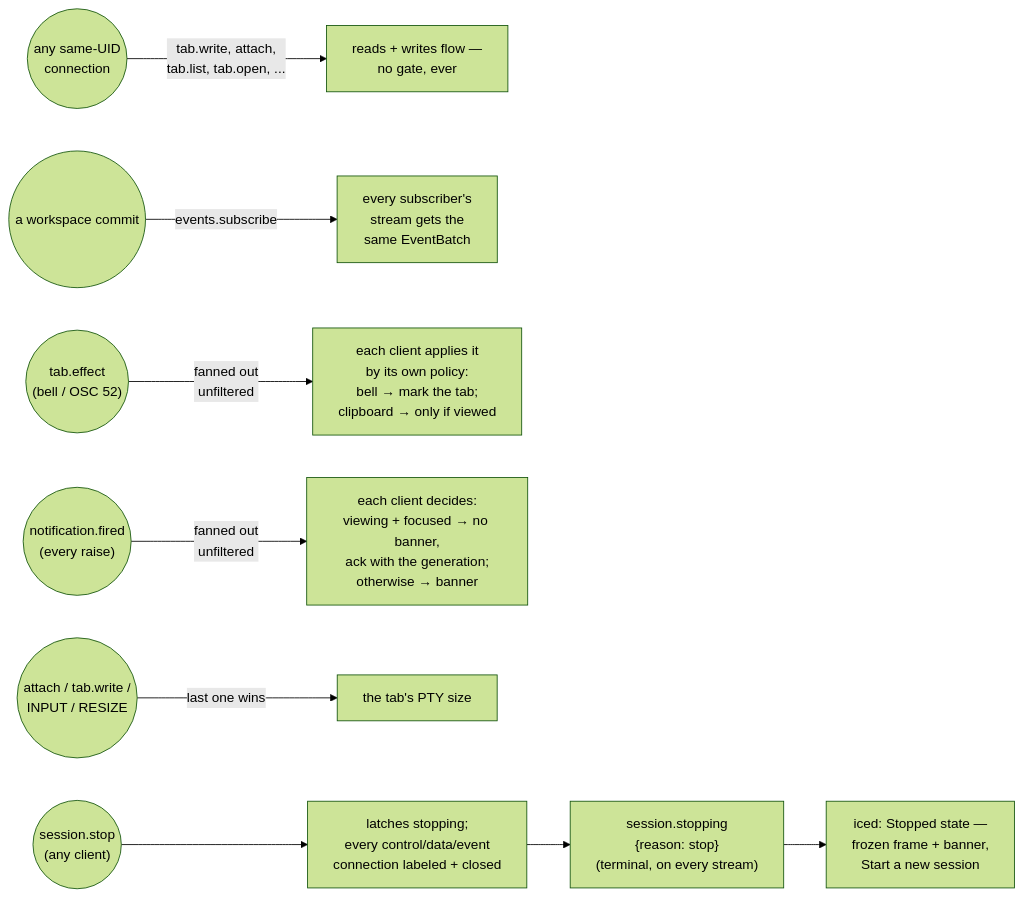
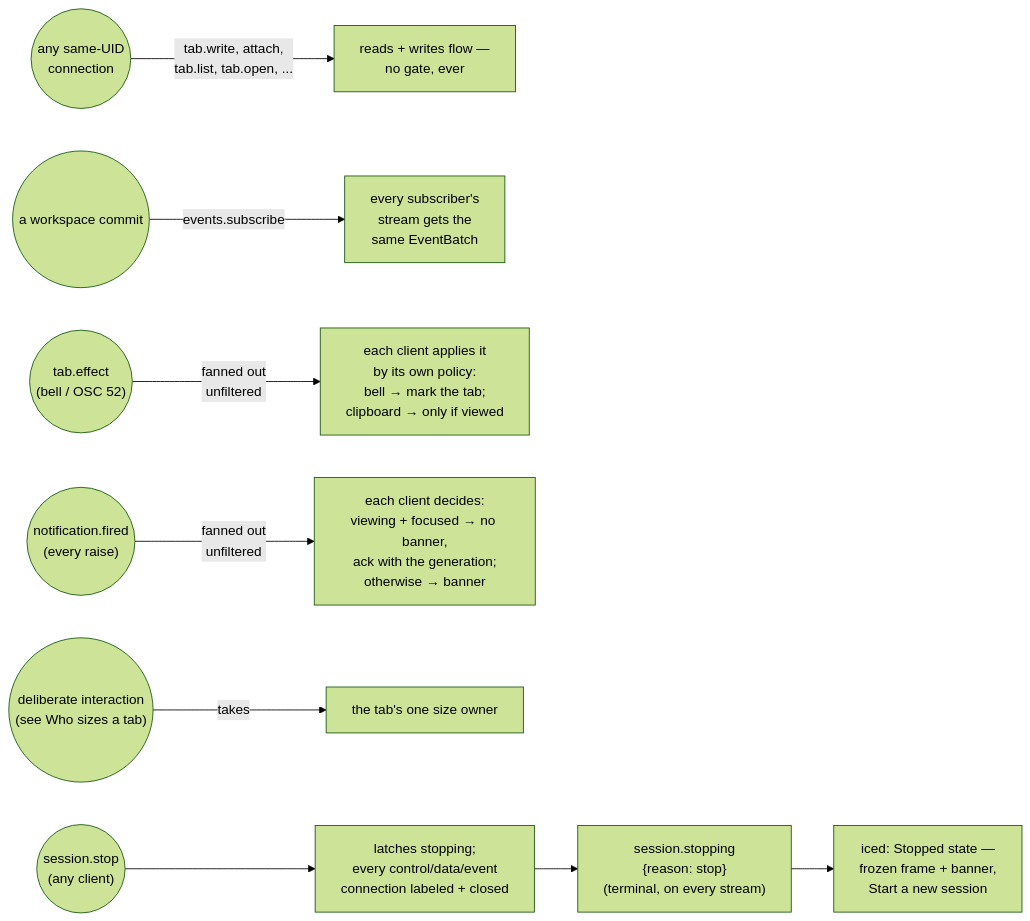
Before and after one commit to charliek/roost: the third of 4 diagrams in docs/development/host-sessions.md, drawn with Mermaid (forest theme). The commit also changed other lines of this file and 5 other files, not shown here.

First line of the commit message:
docs: tab size ownership

````diff
--- a/docs/development/host-sessions.md
+++ b/docs/development/host-sessions.md
@@ -85,11 +85,11 @@
 ```mermaid
 flowchart LR
   AnyClient(("any same-UID<br/>connection")) -- "tab.write, attach,<br/>tab.list, tab.open, ..." --> Live["reads + writes flow —<br/>no gate, ever"]
   Commit(("a workspace commit")) -- "events.subscribe" --> Batch["every subscriber's<br/>stream gets the<br/>same EventBatch"]
   Effect(("tab.effect<br/>(bell / OSC 52)")) -- "fanned out<br/>unfiltered" --> EachClient["each client applies it<br/>by its own policy:<br/>bell → mark the tab;<br/>clipboard → only if viewed"]
   Notify(("notification.fired<br/>(every raise)")) -- "fanned out<br/>unfiltered" --> EachWindow["each client decides:<br/>viewing + focused → no banner,<br/>ack with the generation;<br/>otherwise → banner"]
-  Size(("attach / tab.write /<br/>INPUT / RESIZE")) -- "last one wins" --> PtySize["the tab's PTY size"]
+  Size(("deliberate interaction<br/>(see Who sizes a tab)")) -- "takes" --> PtySize["the tab's one size owner"]
   Stop(("session.stop<br/>(any client)")) --> Stopping["latches stopping;<br/>every control/data/event<br/>connection labeled + closed"]
   Stopping --> StoppingS["session.stopping<br/>{reason: stop}<br/>(terminal, on every stream)"]
   StoppingS --> UIS["iced: Stopped state —<br/>frozen frame + banner,<br/>Start a new session"]
 ```
````
